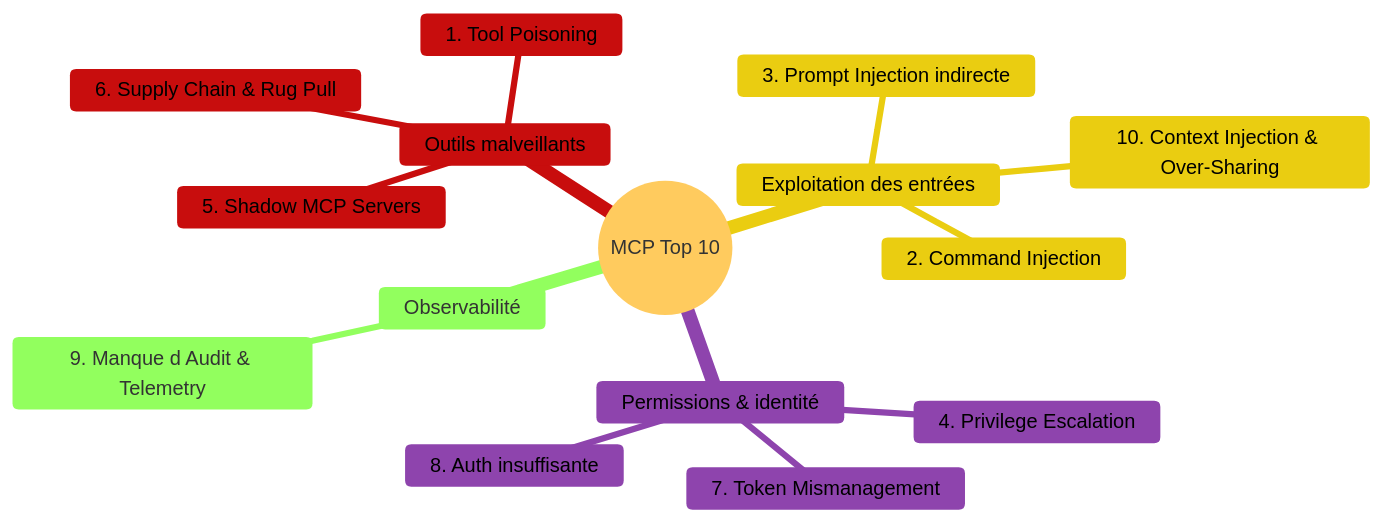
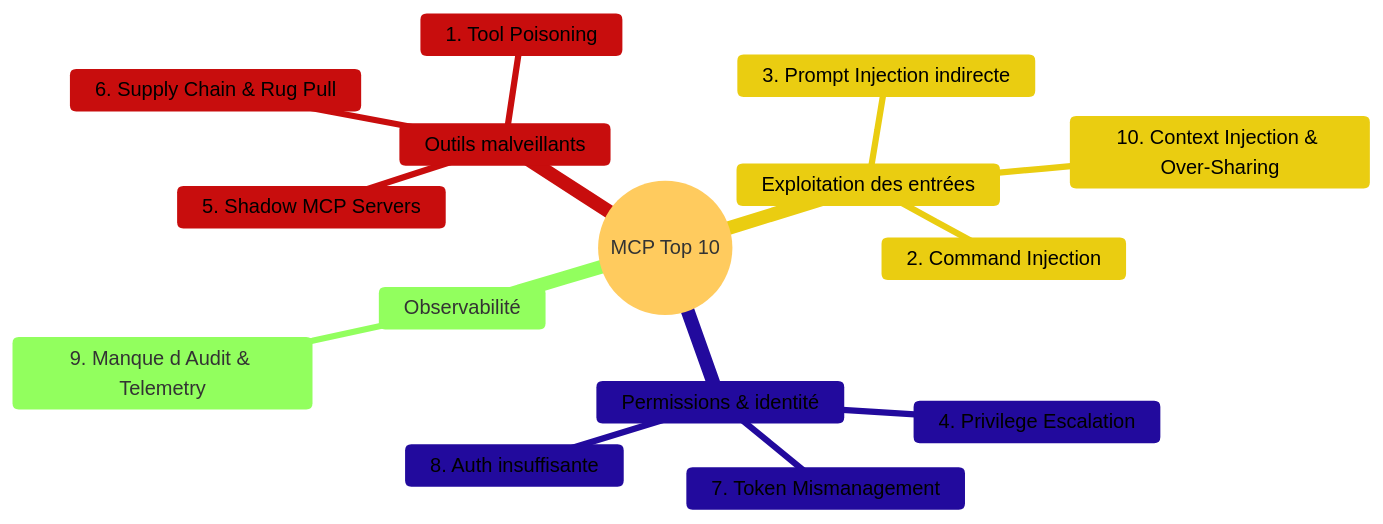
The second of 9 diagrams in step_12.md (pi-2r/devoxxfr2026-workshop-jailbreak-prompt-injection-mcp-poisoning), drawn with Mermaid before and after one commit.

Commit message:
make borders with the same colors

````diff
--- a/step_12.md
+++ b/step_12.md
@@ -93,19 +93,19 @@
 ```mermaid
-%%{init: {'theme': 'base', 'themeVariables': {'cScale0': '#078121', 'cScaleLabel0': '#000000', 'cBorder0': '#078121', 'cScale1': '#c80d0d', 'cScaleLabel1': '#000000', 'cBorder1': '#c80d0d', 'cScale2': '#eacd11', 'cScaleLabel2': '#000000', 'cBorder2': '#eacd11', 'cScale3': '#8e44ad', 'cScaleLabel3': '#000000', 'cBorder3': '#8e44ad', 'cScalePeer1': '#078121', 'cScalePeerLabel1': '#000000', 'cScalePeer2': '#c80d0d', 'cScalePeerLabel2': '#000000', 'cScalePeer3': '#eacd11', 'cScalePeerLabel3': '#000000', 'cScalePeer4': '#7d3c98', 'cScalePeerLabel4': '#000000'}}}%%
+%%{init: {'theme': 'base', 'themeVariables': {'cScale0': '#024811', 'cScaleLabel0': '#000000', 'cBorder0': '#024811', 'cScale1': '#c80d0d', 'cScaleLabel1': '#000000', 'cBorder1': '#c80d0d', 'cScale2': '#eacd11', 'cScaleLabel2': '#000000', 'cBorder2': '#eacd11', 'cScale3': '#220a9d', 'cScaleLabel3': '#000000', 'cBorder3': '#220a9d', 'cScalePeer1': '#024811', 'cScalePeerLabel1': '#000000', 'cScalePeer2': '#c80d0d', 'cScalePeerLabel2': '#000000', 'cScalePeer3': '#eacd11', 'cScalePeerLabel3': '#000000', 'cScalePeer4': '#220a9d', 'cScalePeerLabel4': '#000000'}}}%%
 mindmap
   root((MCP Top 10))
     Outils malveillants
       1. Tool Poisoning
       6. Supply Chain & Rug Pull
       5. Shadow MCP Servers
     Exploitation des entrées
       2. Command Injection
       3. Prompt Injection indirecte
       10. Context Injection & Over-Sharing
     Permissions & identité
       4. Privilege Escalation
       7. Token Mismanagement
       8. Auth insuffisante
     Observabilité
       9. Manque d Audit & Telemetry
 ```
````
